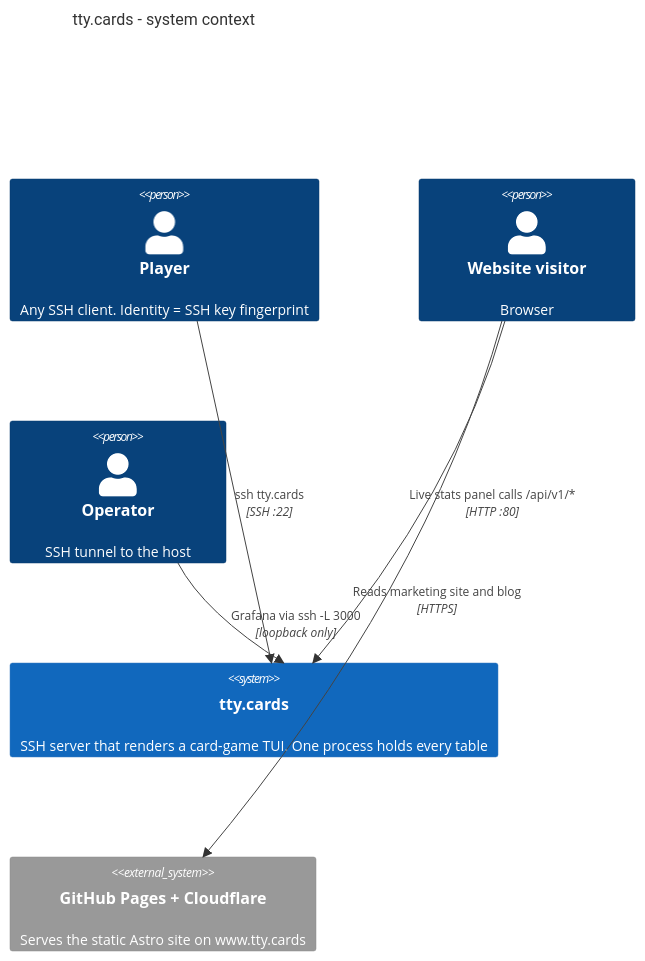
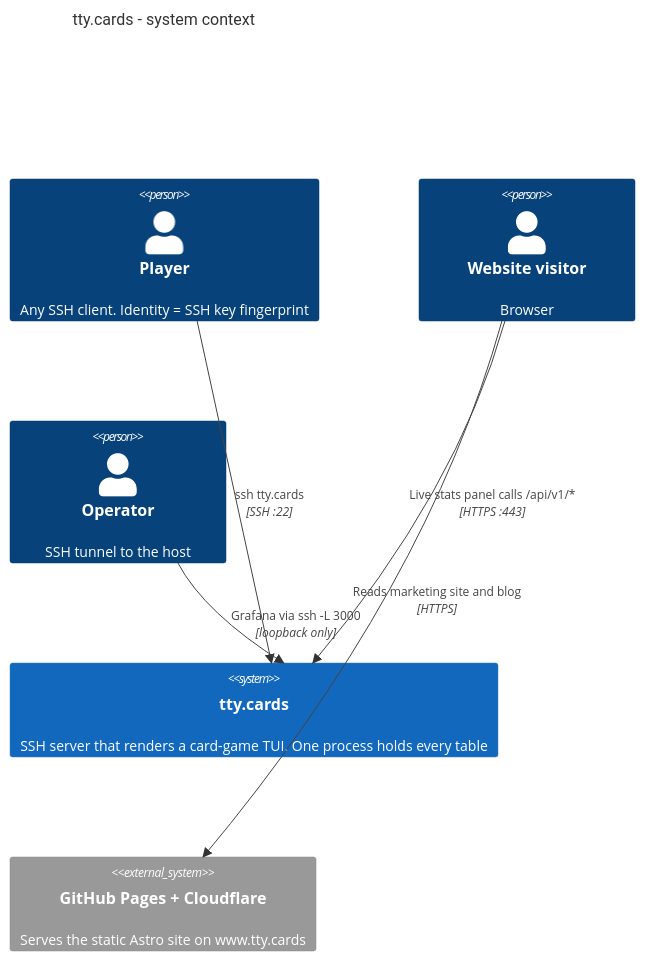
The first of 11 diagrams in docs/codebase-map.md (Pieczasz/tty-cards), drawn with Mermaid before and after one commit. The commit also changed other lines of this file and 8 other files, not shown here.

Commit message:
docs: architecture, decisions, security and guides for the review and capacity work

````diff
--- a/docs/codebase-map.md
+++ b/docs/codebase-map.md
@@ -25,16 +25,16 @@
 ```mermaid
 C4Context
     title tty.cards - system context
 
     Person(player, "Player", "Any SSH client. Identity = SSH key fingerprint")
     Person(visitor, "Website visitor", "Browser")
     Person(operator, "Operator", "SSH tunnel to the host")
 
     System(ttycards, "tty.cards", "SSH server that renders a card-game TUI. One process holds every table")
     System_Ext(pages, "GitHub Pages + Cloudflare", "Serves the static Astro site on www.tty.cards")
 
     Rel(player, ttycards, "ssh tty.cards", "SSH :22")
     Rel(visitor, pages, "Reads marketing site and blog", "HTTPS")
-    Rel(visitor, ttycards, "Live stats panel calls /api/v1/*", "HTTP :80")
+    Rel(visitor, ttycards, "Live stats panel calls /api/v1/*", "HTTPS :443")
     Rel(operator, ttycards, "Grafana via ssh -L 3000", "loopback only")
 ```
````
